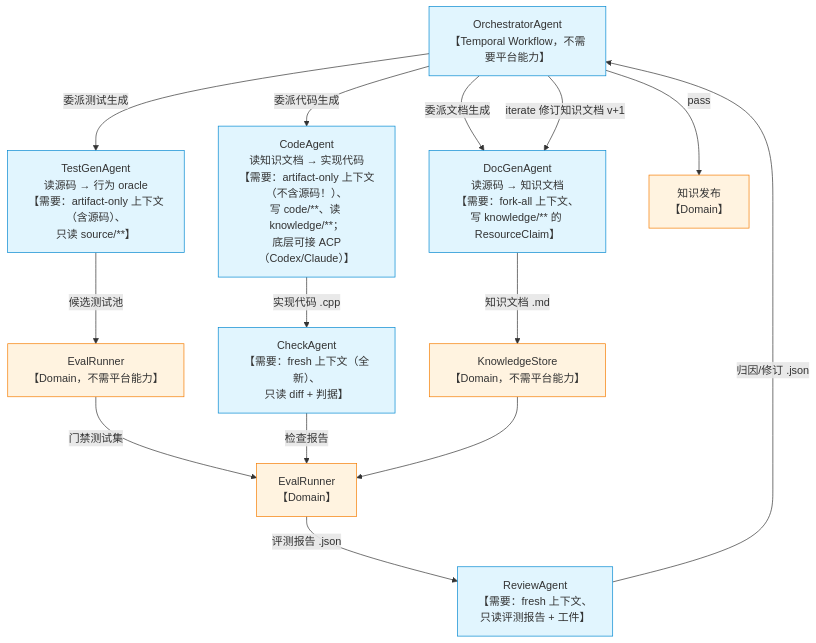
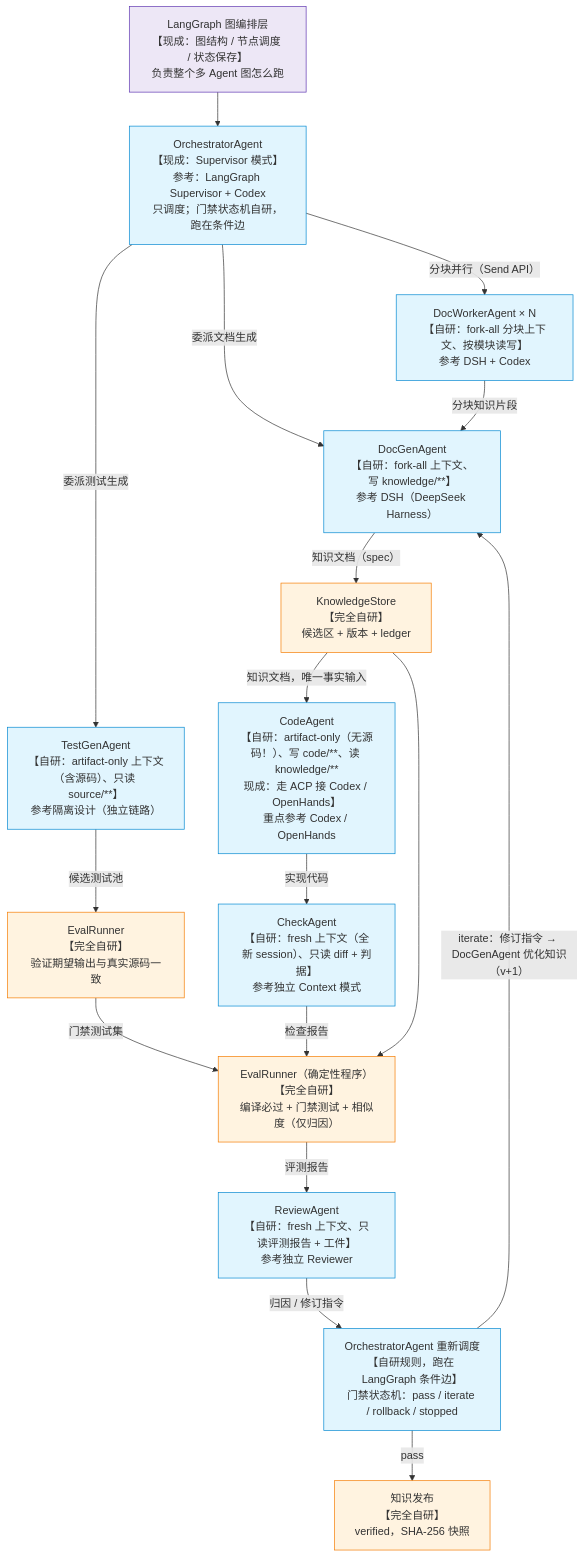
The first of 2 diagrams in knowledge/2.wiki/多agent选型/03-Agent-Platform架构设计.md (linlisWorkTeam/wpKnowledge), drawn with Mermaid before and after one commit. The commit also changed other lines of this file and 1 other file, not shown here.

Commit message:
docs(多agent选型): 02/03 同步 LangGraph 定案，改为基于选型图讲"现成 vs 自研"分工

````diff
--- a/knowledge/2.wiki/多agent选型/03-Agent-Platform架构设计.md
+++ b/knowledge/2.wiki/多agent选型/03-Agent-Platform架构设计.md
@@ -11,27 +13,32 @@
 ```mermaid
 flowchart TD
-    O["OrchestratorAgent<br/>【Temporal Workflow，不需要平台能力】"]
+    LG["LangGraph 图编排层<br/>【现成：图结构 / 节点调度 / 状态保存】<br/>负责整个多 Agent 图怎么跑"]
 
-    O -->|委派文档生成| D1["DocGenAgent<br/>读源码 → 知识文档<br/>【需要：fork-all 上下文、<br/>写 knowledge/** 的 ResourceClaim】"]
-    O -->|委派测试生成| D2["TestGenAgent<br/>读源码 → 行为 oracle<br/>【需要：artifact-only 上下文（含源码）、<br/>只读 source/**】"]
-    O -->|委派代码生成| D3["CodeAgent<br/>读知识文档 → 实现代码<br/>【需要：artifact-only 上下文（不含源码！）、<br/>写 code/**、读 knowledge/**；<br/>底层可接 ACP（Codex/Claude）】"]
+    LG --> O["OrchestratorAgent<br/>【现成：Supervisor 模式】<br/>参考：LangGraph Supervisor + Codex<br/>只调度；门禁状态机自研，跑在条件边"]
 
-    D1 -->|"知识文档 .md"| K1["KnowledgeStore<br/>【Domain，不需平台能力】"]
-    D2 -->|"候选测试池"| E1["EvalRunner<br/>【Domain，不需平台能力】"]
-    D3 -->|"实现代码 .cpp"| C1["CheckAgent<br/>【需要：fresh 上下文（全新）、<br/>只读 diff + 判据】"]
+    O -->|委派文档生成| D1["DocGenAgent<br/>【自研：fork-all 上下文、写 knowledge/**】<br/>参考 DSH（DeepSeek Harness）"]
+    O -->|委派测试生成| D2["TestGenAgent<br/>【自研：artifact-only 上下文（含源码）、只读 source/**】<br/>参考隔离设计（独立链路）"]
+    O -->|分块并行（Send API）| DW["DocWorkerAgent × N<br/>【自研：fork-all 分块上下文、按模块读写】<br/>参考 DSH + Codex"]
 
-    E1 -->|"门禁测试集"| E2["EvalRunner<br/>【Domain】"]
-    C1 -->|"检查报告"| E2
-    K1 --> E2
+    DW -->|分块知识片段| D1
+    D1 -->|知识文档（spec）| KS["KnowledgeStore<br/>【完全自研】<br/>候选区 + 版本 + ledger"]
+    D2 -->|候选测试池| EV0["EvalRunner<br/>【完全自研】<br/>验证期望输出与真实源码一致"]
 
-    E2 -->|"评测报告 .json"| R1["ReviewAgent<br/>【需要：fresh 上下文、<br/>只读评测报告 + 工件】"]
-    R1 -->|"归因/修订 .json"| O
+    KS -->|知识文档，唯一事实输入| CA["CodeAgent<br/>【自研：artifact-only（无源码！）、写 code/**、读 knowledge/**<br/>现成：走 ACP 接 Codex / OpenHands】<br/>重点参考 Codex / OpenHands"]
+    EV0 -->|门禁测试集| EV["EvalRunner（确定性程序）<br/>【完全自研】<br/>编译必过 + 门禁测试 + 相似度（仅归因）"]
+    CA -->|实现代码| CK["CheckAgent<br/>【自研：fresh 上下文（全新 session）、只读 diff + 判据】<br/>参考独立 Context 模式"]
+    CK -->|检查报告| EV
+    KS --> EV
 
-    O -->|"iterate 修订知识文档 v+1"| D1
-    O -->|pass| PUB["知识发布<br/>【Domain】"]
+    EV -->|评测报告| RV["ReviewAgent<br/>【自研：fresh 上下文、只读评测报告 + 工件】<br/>参考独立 Reviewer"]
+    RV -->|归因 / 修订指令| O2["OrchestratorAgent 重新调度<br/>【自研规则，跑在 LangGraph 条件边】<br/>门禁状态机：pass / iterate / rollback / stopped"]
+    O2 -->|iterate：修订指令 → DocGenAgent 优化知识（v+1）| D1
+    O2 -->|pass| PUB["知识发布<br/>【完全自研】<br/>verified，SHA-256 快照"]
 
+    classDef lg fill:#ede7f6,stroke:#5e35b1;
     classDef agent fill:#e1f5fe,stroke:#0288d1;
     classDef infra fill:#fff3e0,stroke:#f57c00;
-    class O,D1,D2,D3,C1,R1 agent;
-    class E1,E2,K1,PUB infra;
+    class LG lg;
+    class O,O2,D1,D2,DW,CA,CK,RV agent;
+    class KS,EV0,EV,PUB infra;
 ```
````
